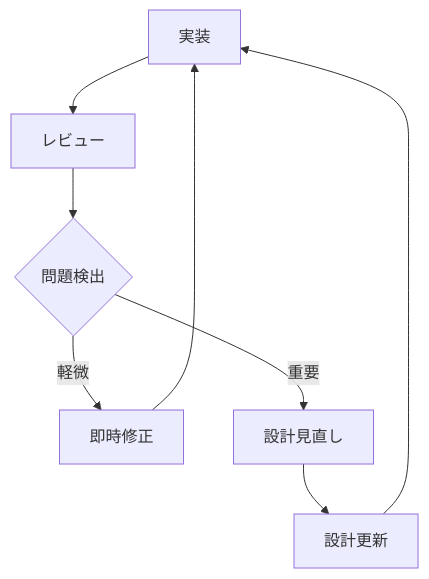
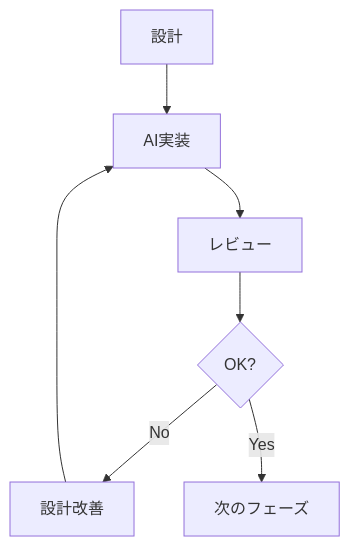
The diagram in we-edit/docs/guidelines/development-process/ai-domain-modeling-workflow.md (amano--/any), drawn with Mermaid before and after one commit. The commit also changed other lines of this file, not shown here.

````diff
--- a/we-edit/docs/guidelines/development-process/ai-domain-modeling-workflow.md
+++ b/we-edit/docs/guidelines/development-process/ai-domain-modeling-workflow.md
@@ -123,10 +114,9 @@
 ```mermaid
 graph TD
-    A[実装] --> B[レビュー]
-    B --> C{問題検出}
-    C -->|軽微| D[即時修正]
-    C -->|重要| E[設計見直し]
-    D --> A
-    E --> F[設計更新]
-    F --> A
+    A[設計] --> B[AI実装]
+    B --> C[レビュー]
+    C --> D{OK?}
+    D -->|No| E[設計改善]
+    E --> B
+    D -->|Yes| F[次のフェーズ]
 ```
````
